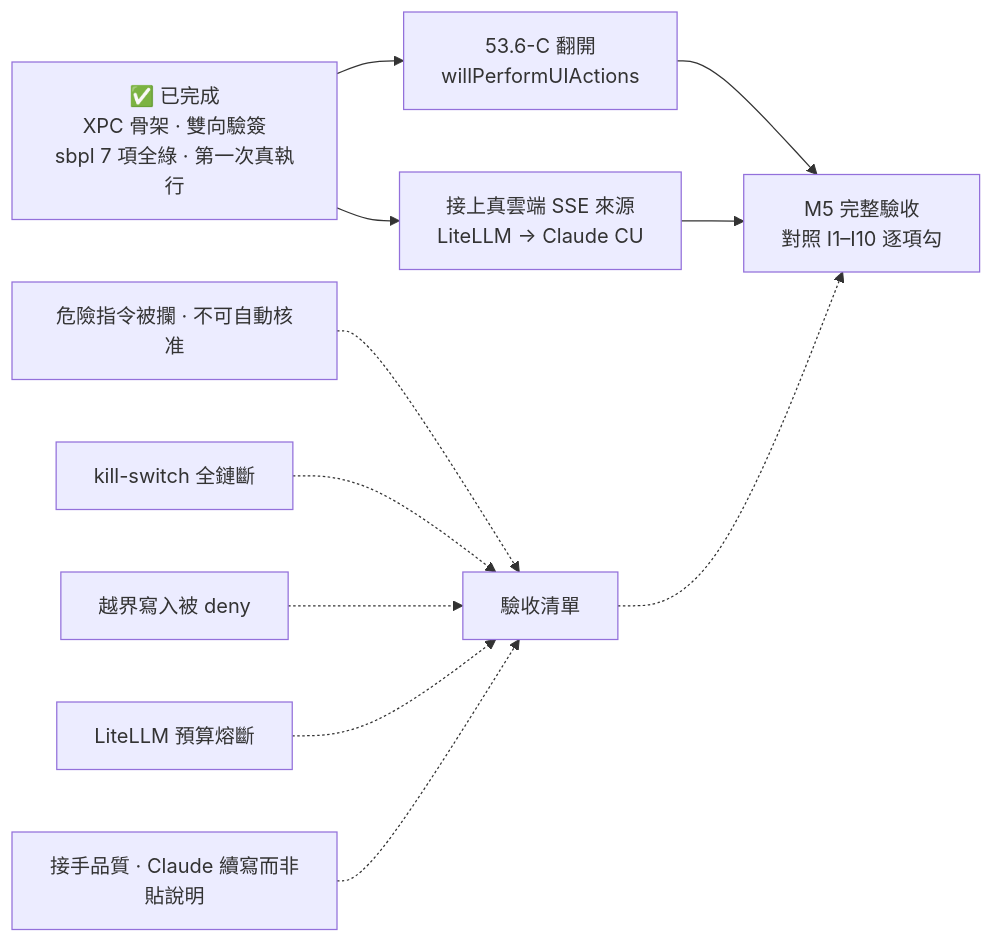
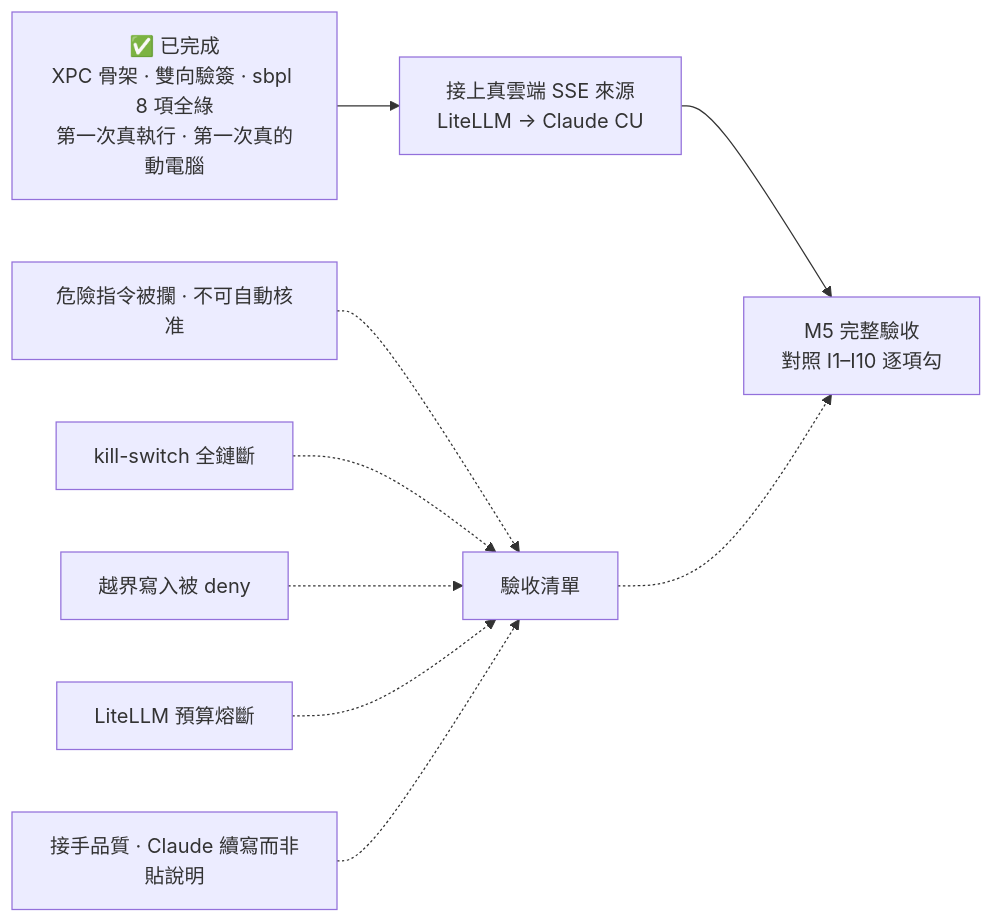
The ninth of 10 diagrams in docs/project-mindmap.md (pcpcchen-coder/CoPartner), drawn with Mermaid before and after one commit. The commit also changed other lines of this file and 1 other file, not shown here.

````diff
--- a/docs/project-mindmap.md
+++ b/docs/project-mindmap.md
@@ -429,13 +431,11 @@
 ```mermaid
 flowchart LR
-    A["✅ 已完成<br/>XPC 骨架 · 雙向驗簽<br/>sbpl 7 項全綠 · 第一次真執行"] --> B["53.6-C 翻開<br/>willPerformUIActions"]
-    A --> C["接上真雲端 SSE 來源<br/>LiteLLM → Claude CU"]
-    B --> D["M5 完整驗收<br/>對照 I1–I10 逐項勾"]
-    C --> D
+    A["✅ 已完成<br/>XPC 骨架 · 雙向驗簽 · sbpl 8 項全綠<br/>第一次真執行 · 第一次真的動電腦"] --> C["接上真雲端 SSE 來源<br/>LiteLLM → Claude CU"]
+    C --> D["M5 完整驗收<br/>對照 I1–I10 逐項勾"]
     E["驗收清單"] -.-> D
     E1["危險指令被攔 · 不可自動核准"] -.-> E
     E2["kill-switch 全鏈斷"] -.-> E
     E3["越界寫入被 deny"] -.-> E
     E4["LiteLLM 預算熔斷"] -.-> E
     E5["接手品質 · Claude 續寫而非貼說明"] -.-> E
 ```
````
